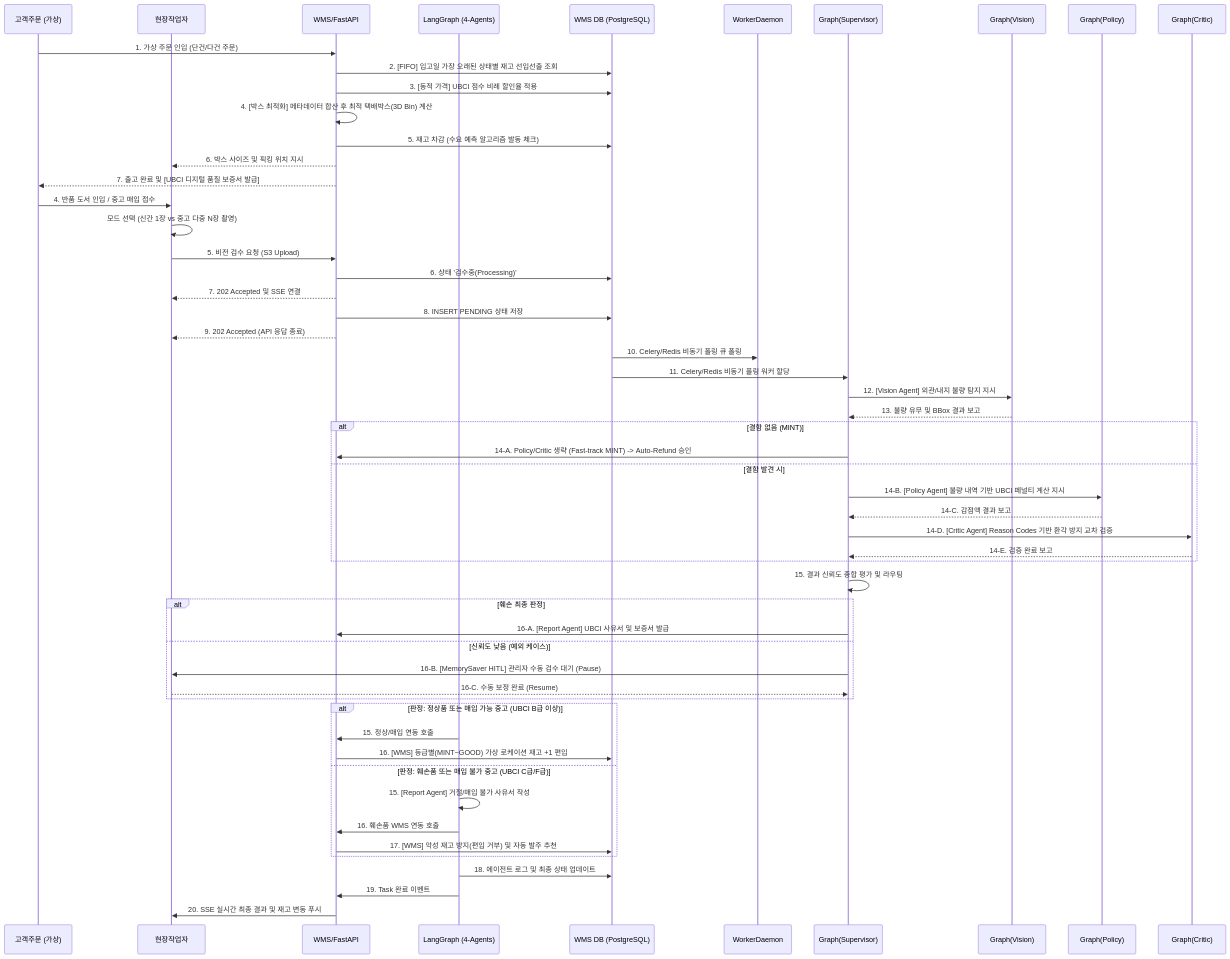
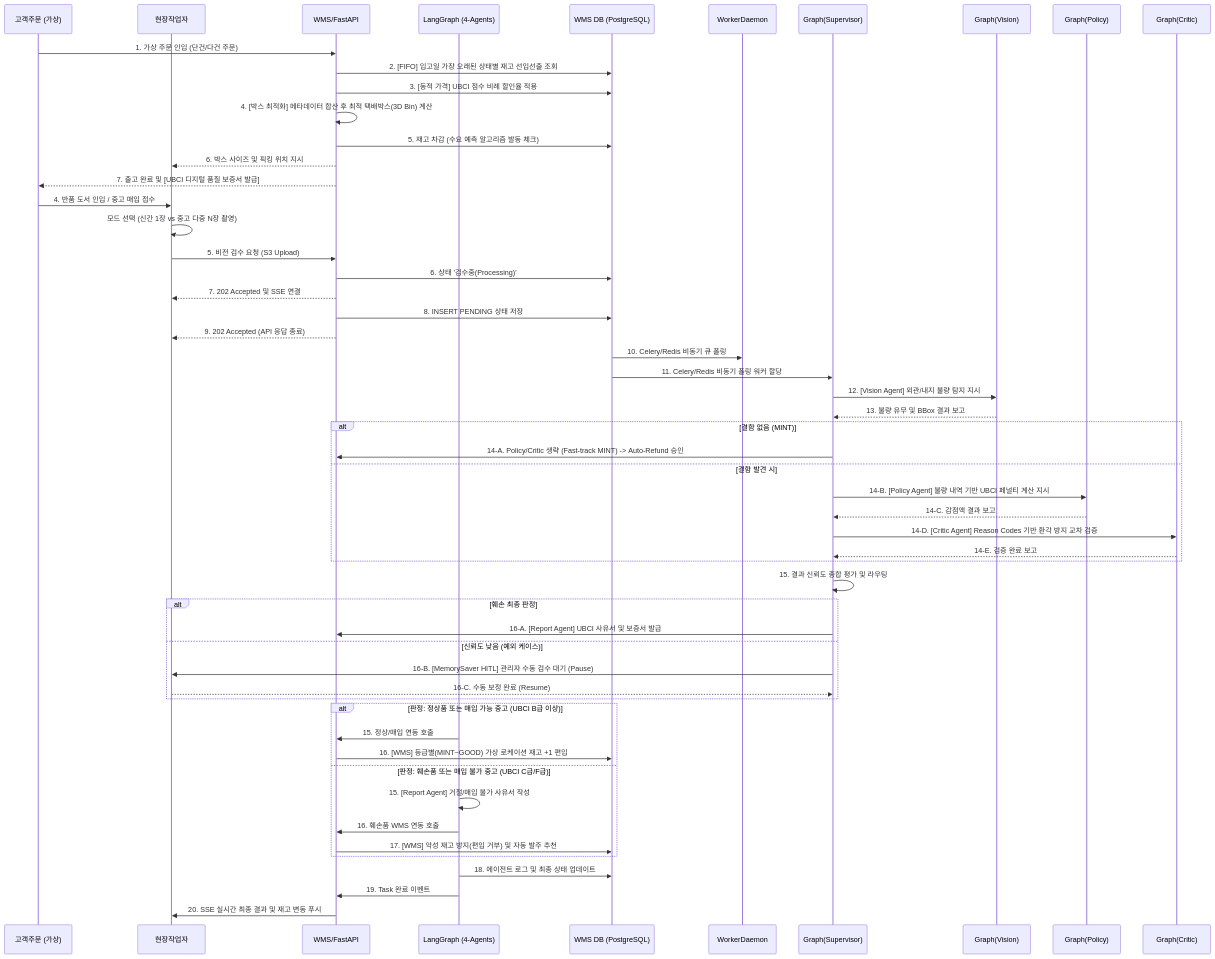
One commit to jmkyong9393/wms-core-frontend changed the third of 4 diagrams in docs/B2B_WMS_AI_Platform_워크플로우_ver1.4.2.0.md. Above: the diagram before and after it, drawn with Mermaid. The commit also changed other lines of this file and 1 other file, not shown here.

Commit message:
docs: Remove contradictory queue architecture texts (Transaction Queue)

````diff
--- a/docs/B2B_WMS_AI_Platform_워크플로우_ver1.4.2.0.md
+++ b/docs/B2B_WMS_AI_Platform_워크플로우_ver1.4.2.0.md
@@ -94,63 +94,63 @@
 ```mermaid
 sequenceDiagram
     participant Customer as 고객주문 (가상)
     participant Worker as 현장작업자
     participant API as WMS/FastAPI
     participant Graph as LangGraph (4-Agents)
     participant DB as WMS DB (PostgreSQL)
 
     %% [1] 스마트 출고 로직 (Smart Outbound)
     Customer->>API: 1. 가상 주문 인입 (단건/다건 주문)
     API->>DB: 2. [FIFO] 입고일 가장 오래된 상태별 재고 선입선출 조회
     API->>DB: 3. [동적 가격] UBCI 점수 비례 할인율 적용
     API->>API: 4. [박스 최적화] 메타데이터 합산 후 최적 택배박스(3D Bin) 계산
     API->>DB: 5. 재고 차감 (수요 예측 알고리즘 발동 체크)
     API-->>Worker: 6. 박스 사이즈 및 픽킹 위치 지시
     API-->>Customer: 7. 출고 완료 및 [UBCI 디지털 품질 보증서 발급]
     %% [2] 반품 및 매입 로직 (Returns / Used Purchases)
     Customer->>Worker: 4. 반품 도서 인입 / 중고 매입 접수
     Worker->>Worker: 모드 선택 (신간 1장 vs 중고 다중 N장 촬영)
     Worker->>API: 5. 비전 검수 요청 (S3 Upload)
     API->>DB: 6. 상태 '검수중(Processing)'
     API-->>Worker: 7. 202 Accepted 및 SSE 연결
     
     %% [3] Redis 브로커 및 Celery Worker (gevent Pool) 기반 비동기 큐 & Worker (Decoupling)
     API->>DB: 8. INSERT PENDING 상태 저장
     API-->>Worker: 9. 202 Accepted (API 응답 종료)
-    DB->>WorkerDaemon: 10. Celery/Redis 비동기 폴링 큐 폴링
+    DB->>WorkerDaemon: 10. Celery/Redis 비동기 큐 폴링
     %% [4] LangGraph Supervisor Star Topology 처리
     DB->>Graph(Supervisor): 11. Celery/Redis 비동기 폴링 워커 할당
     Graph(Supervisor)->>Graph(Vision): 12. [Vision Agent] 외관/내지 불량 탐지 지시
     Graph(Vision)-->>Graph(Supervisor): 13. 불량 유무 및 BBox 결과 보고
     
     alt 결함 없음 (MINT)
         Graph(Supervisor)->>API: 14-A. Policy/Critic 생략 (Fast-track MINT) -> Auto-Refund 승인
     else 결함 발견 시
         Graph(Supervisor)->>Graph(Policy): 14-B. [Policy Agent] 불량 내역 기반 UBCI 페널티 계산 지시
         Graph(Policy)-->>Graph(Supervisor): 14-C. 감점액 결과 보고
         Graph(Supervisor)->>Graph(Critic): 14-D. [Critic Agent] Reason Codes 기반 환각 방지 교차 검증
         Graph(Critic)-->>Graph(Supervisor): 14-E. 검증 완료 보고
     end
     
     Graph(Supervisor)->>Graph(Supervisor): 15. 결과 신뢰도 종합 평가 및 라우팅
     alt 훼손 최종 판정
         Graph(Supervisor)->>API: 16-A. [Report Agent] UBCI 사유서 및 보증서 발급
     else 신뢰도 낮음 (예외 케이스)
         Graph(Supervisor)->>Worker: 16-B. [MemorySaver HITL] 관리자 수동 검수 대기 (Pause)
         Worker-->>Graph(Supervisor): 16-C. 수동 보정 완료 (Resume)
     end
     
     %% [5] 입고/재고 연동 로직 (Inbound)
     alt 판정: 정상품 또는 매입 가능 중고 (UBCI B급 이상)
         Graph->>API: 15. 정상/매입 연동 호출
         API->>DB: 16. [WMS] 등급별(MINT~GOOD) 가상 로케이션 재고 +1 편입
     else 판정: 훼손품 또는 매입 불가 중고 (UBCI C급/F급)
         Graph->>Graph: 15. [Report Agent] 거절/매입 불가 사유서 작성
         Graph->>API: 16. 훼손품 WMS 연동 호출
         API->>DB: 17. [WMS] 악성 재고 방지(편입 거부) 및 자동 발주 추천
     end
     
     Graph->>DB: 18. 에이전트 로그 및 최종 상태 업데이트
     Graph->>API: 19. Task 완료 이벤트
     API->>Worker: 20. SSE 실시간 최종 결과 및 재고 변동 푸시
 ```
````
